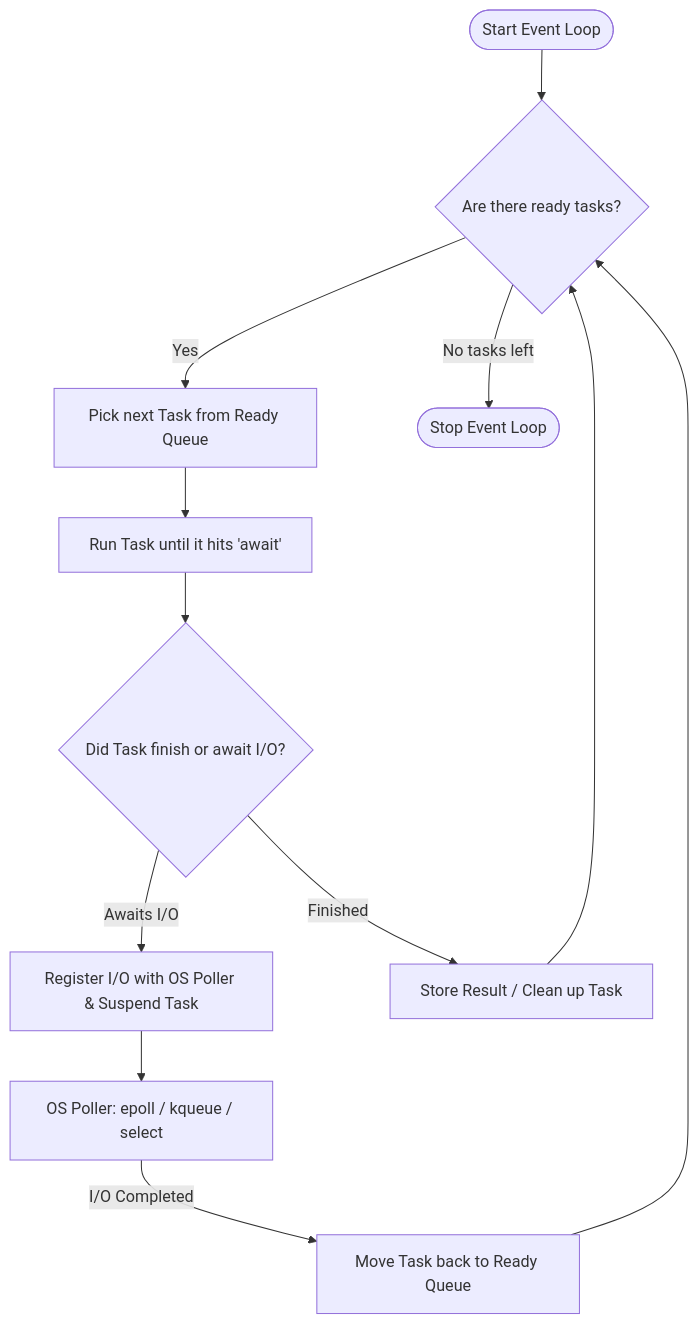
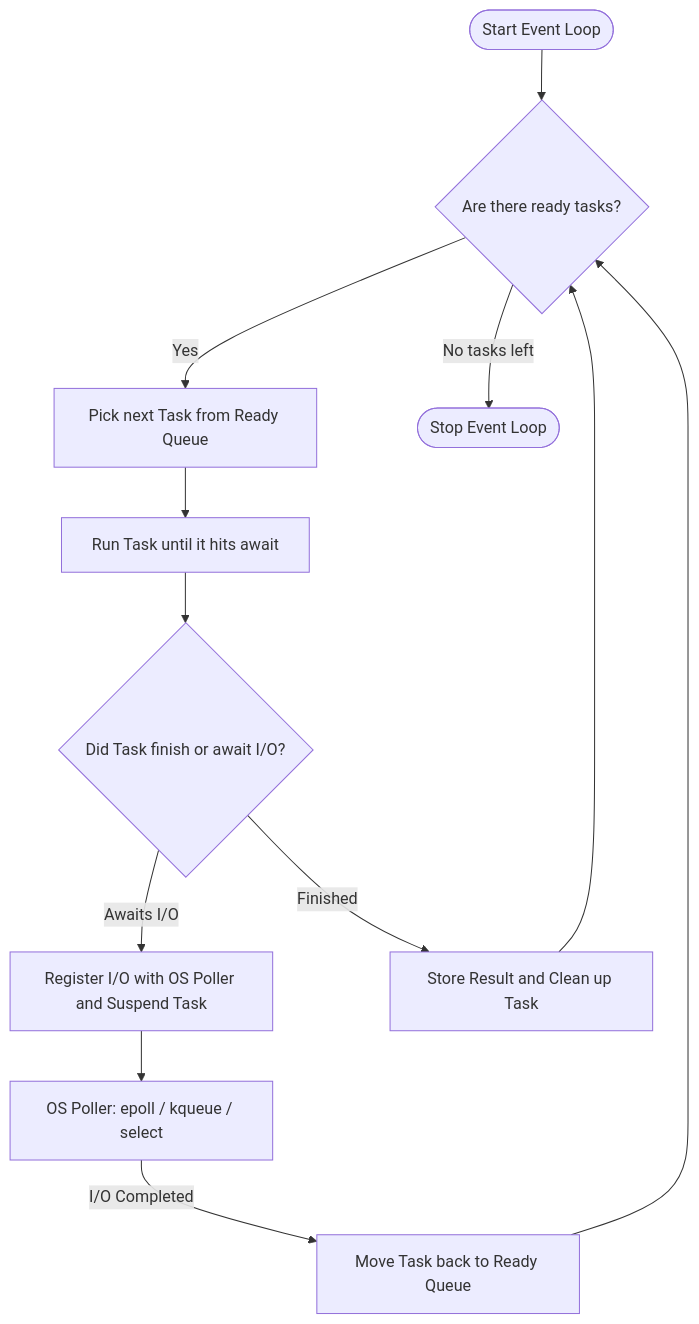
The third of 4 diagrams in 9.5-Asynchronous-Programming-AsyncIO.md (pushkar100/notes-python), drawn with Mermaid before and after one commit. The commit also changed other lines of this file, not shown here.

````diff
--- a/9.5-Asynchronous-Programming-AsyncIO.md
+++ b/9.5-Asynchronous-Programming-AsyncIO.md
@@ -237,14 +227,14 @@
 ```mermaid
 flowchart TD
-    A([Start Event Loop]) --> B{Are there ready tasks?}
-    B -- Yes --> C[Pick next Task from Ready Queue]
-    C --> D[Run Task until it hits 'await']
-    D --> E{Did Task finish or await I/O?}
-    E -- Awaits I/O --> F[Register I/O with OS Poller & Suspend Task]
-    E -- Finished --> G[Store Result / Clean up Task]
-    F --> H[OS Poller: epoll / kqueue / select]
-    H -- I/O Completed --> I[Move Task back to Ready Queue]
+    A(["Start Event Loop"]) --> B{"Are there ready tasks?"}
+    B -->|"Yes"| C["Pick next Task from Ready Queue"]
+    C --> D["Run Task until it hits await"]
+    D --> E{"Did Task finish or await I/O?"}
+    E -->|"Awaits I/O"| F["Register I/O with OS Poller and Suspend Task"]
+    E -->|"Finished"| G["Store Result and Clean up Task"]
+    F --> H["OS Poller: epoll / kqueue / select"]
+    H -->|"I/O Completed"| I["Move Task back to Ready Queue"]
     I --> B
     G --> B
-    B -- No tasks left --> J([Stop Event Loop])
+    B -->|"No tasks left"| J(["Stop Event Loop"])
 ```
````
